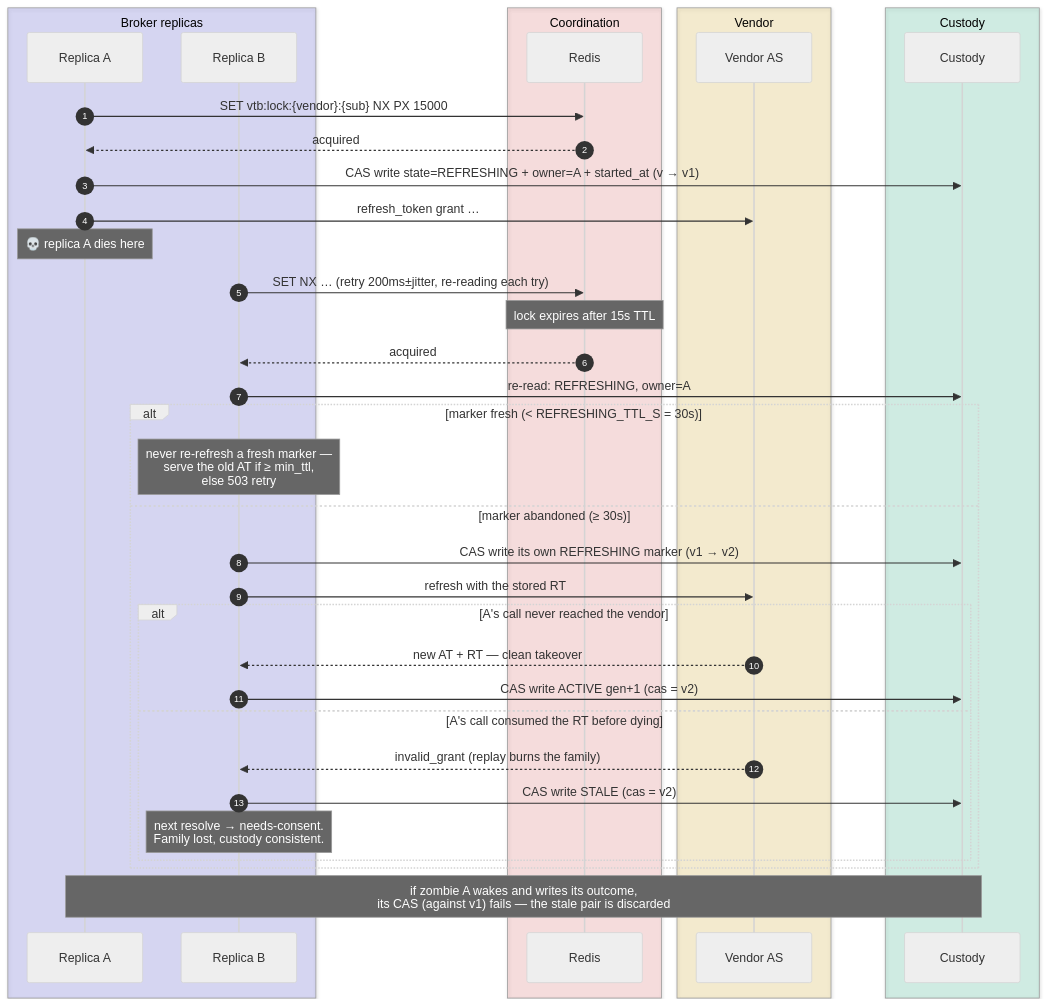
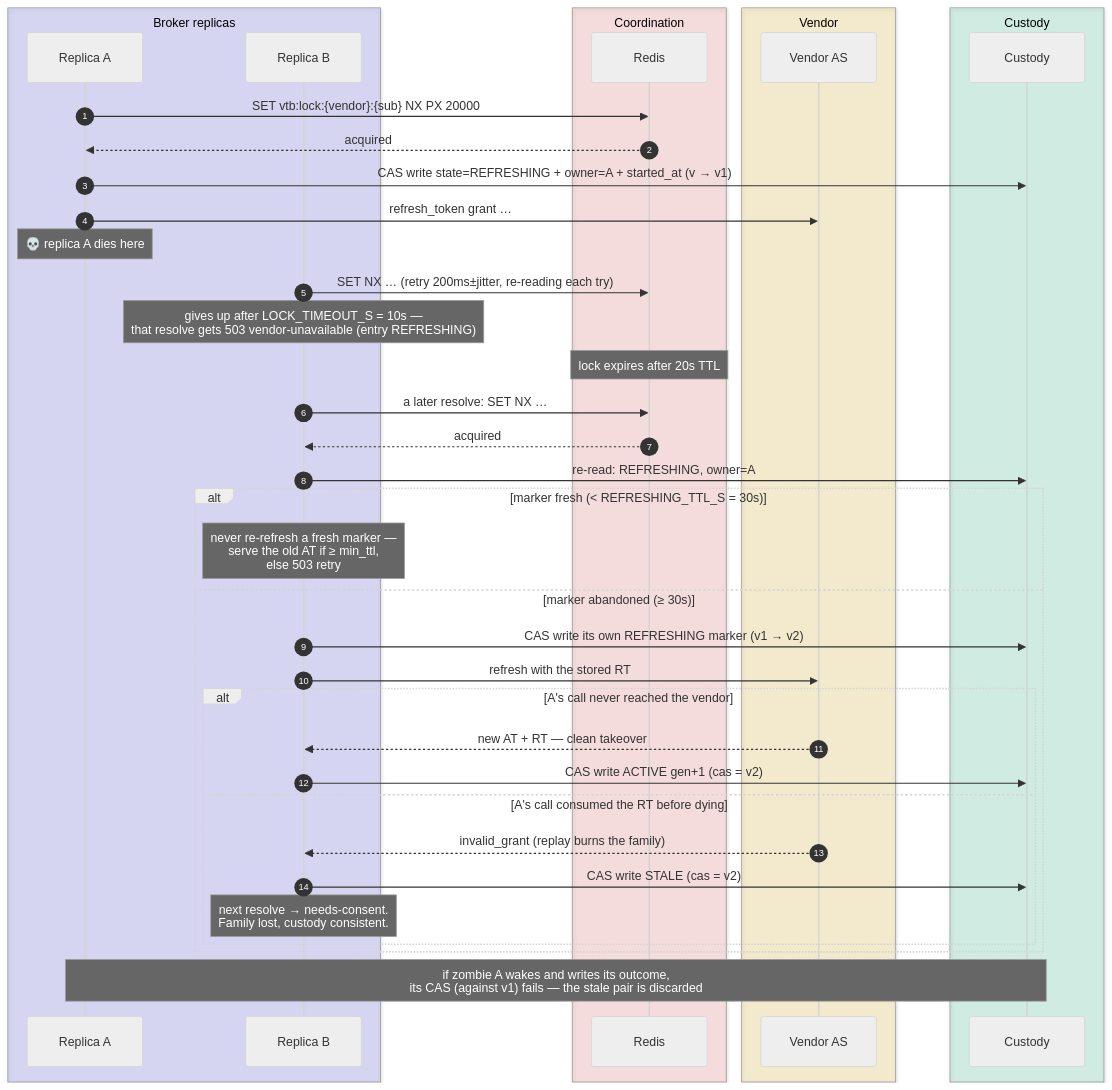
One commit to chief-builder/vendor-token-broker changed the sixth of 10 diagrams in docs/token-lifecycle.md. Above: the diagram before and after it, drawn with Mermaid (neutral theme). The commit also changed other lines of this file and 20 other files, not shown here.

````diff
--- a/docs/token-lifecycle.md
+++ b/docs/token-lifecycle.md
@@ -258,42 +259,44 @@
 ```mermaid
 sequenceDiagram
     autonumber
     box rgba(99,102,241,0.20) Broker replicas
         participant A as Replica A
         participant Bb as Replica B
     end
     box rgba(239,68,68,0.14) Coordination
         participant R as Redis
     end
     box rgba(234,179,8,0.16) Vendor
         participant V as Vendor AS
     end
     box rgba(16,185,129,0.16) Custody
         participant K as Custody
     end
 
-    A->>R: SET vtb:lock:{vendor}:{sub} NX PX 15000
+    A->>R: SET vtb:lock:{vendor}:{sub} NX PX 20000
     R-->>A: acquired
     A->>K: CAS write state=REFRESHING + owner=A + started_at (v → v1)
     A->>V: refresh_token grant …
     Note over A: 💀 replica A dies here
     Bb->>R: SET NX … (retry 200ms±jitter, re-reading each try)
-    Note over R: lock expires after 15s TTL
+    Note over Bb: gives up after LOCK_TIMEOUT_S = 10s —<br/>that resolve gets 503 vendor-unavailable (entry REFRESHING)
+    Note over R: lock expires after 20s TTL
+    Bb->>R: a later resolve: SET NX …
     R-->>Bb: acquired
     Bb->>K: re-read: REFRESHING, owner=A
     alt marker fresh (< REFRESHING_TTL_S = 30s)
         Note over Bb: never re-refresh a fresh marker —<br/>serve the old AT if ≥ min_ttl,<br/>else 503 retry
     else marker abandoned (≥ 30s)
         Bb->>K: CAS write its own REFRESHING marker (v1 → v2)
         Bb->>V: refresh with the stored RT
         alt A's call never reached the vendor
             V-->>Bb: new AT + RT — clean takeover
             Bb->>K: CAS write ACTIVE gen+1 (cas = v2)
         else A's call consumed the RT before dying
             V-->>Bb: invalid_grant (replay burns the family)
             Bb->>K: CAS write STALE (cas = v2)
             Note over Bb: next resolve → needs-consent.<br/>Family lost, custody consistent.
         end
     end
     Note over A,K: if zombie A wakes and writes its outcome,<br/>its CAS (against v1) fails — the stale pair is discarded
 ```
````
